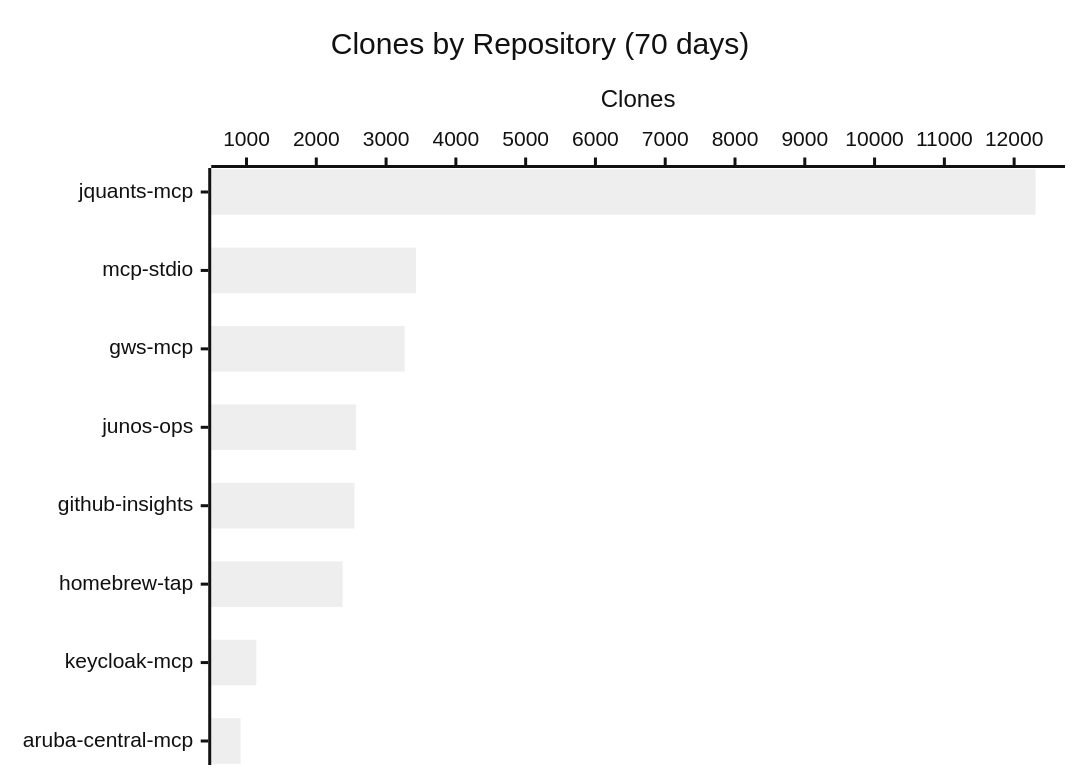
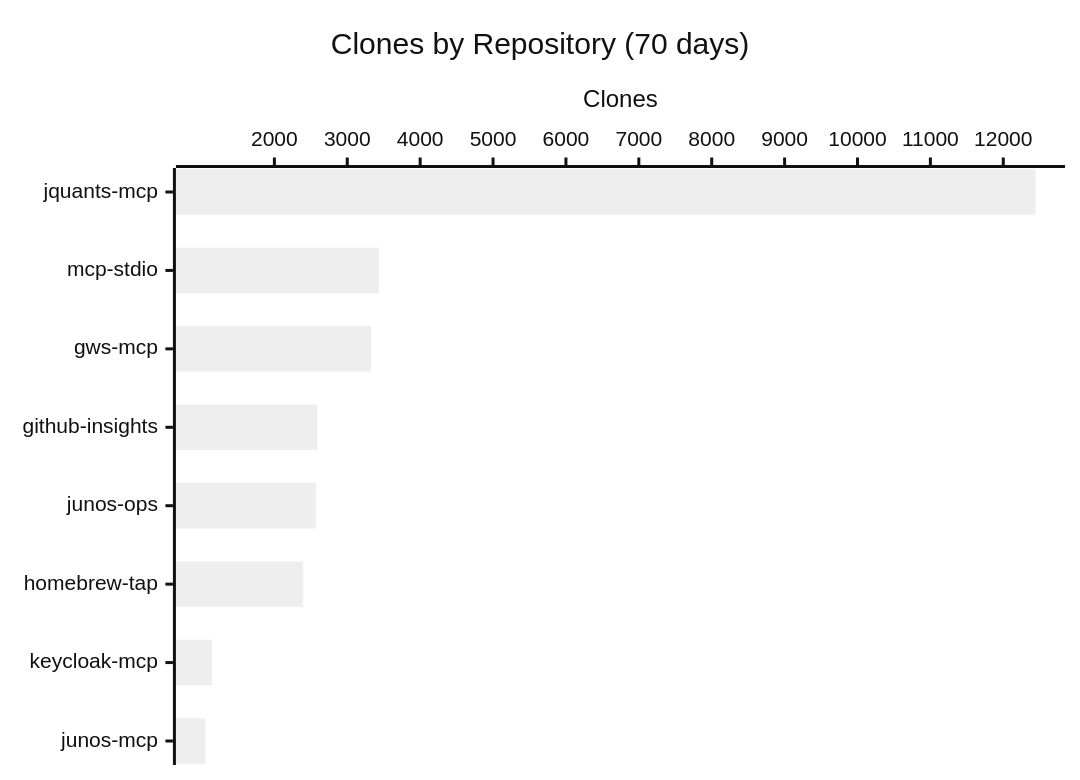
The third of 3 diagrams in README.md (shigechika/github-insights), drawn with Mermaid (neutral theme) before and after one commit. The commit also changed other lines of this file and 2 other files, not shown here.

````diff
--- a/README.md
+++ b/README.md
@@ -38,7 +38,7 @@
 ```mermaid
 xychart-beta horizontal
     title "Clones by Repository (70 days)"
-    x-axis ["jquants-mcp", "mcp-stdio", "gws-mcp", "junos-ops", "github-insights", "homebrew-tap", "keycloak-mcp", "aruba-central-mcp"]
+    x-axis ["jquants-mcp", "mcp-stdio", "gws-mcp", "github-insights", "junos-ops", "homebrew-tap", "keycloak-mcp", "junos-mcp"]
     y-axis "Clones"
-    bar [12308, 3428, 3266, 2570, 2547, 2378, 1141, 915]
+    bar [12444, 3435, 3329, 2590, 2573, 2396, 1144, 1052]
 ```
````
